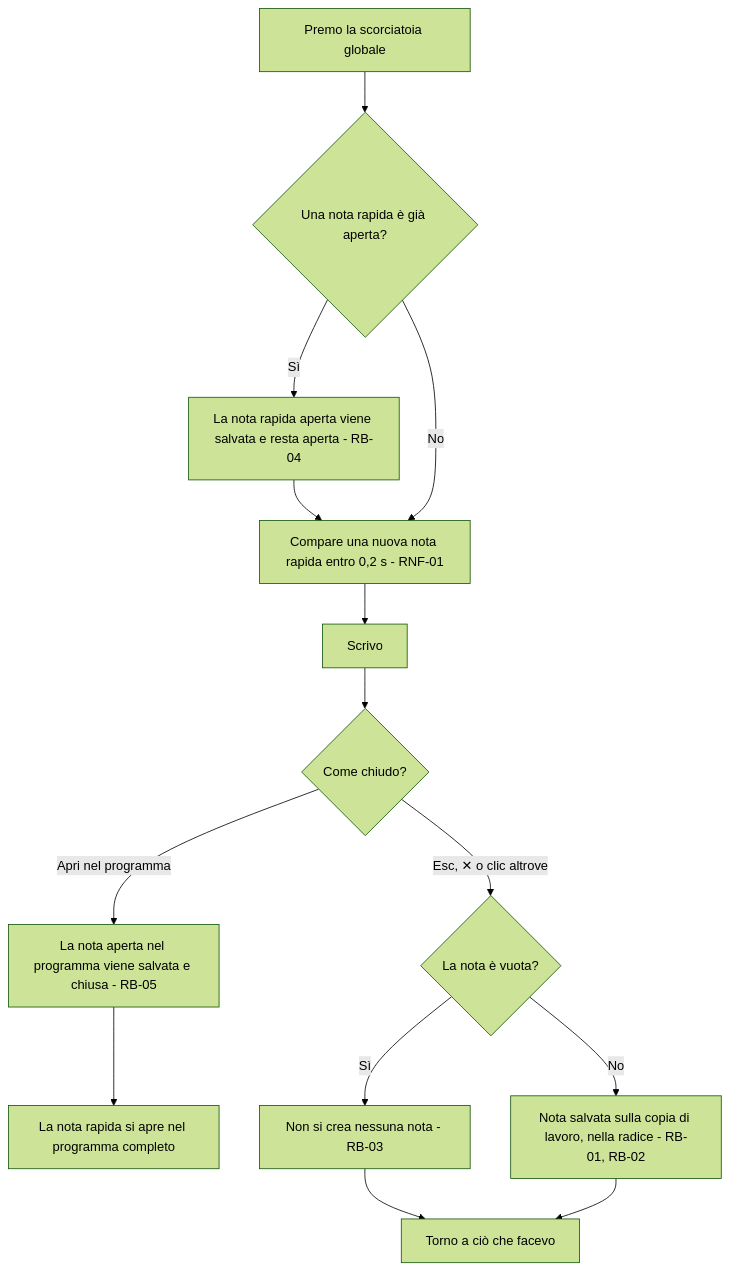
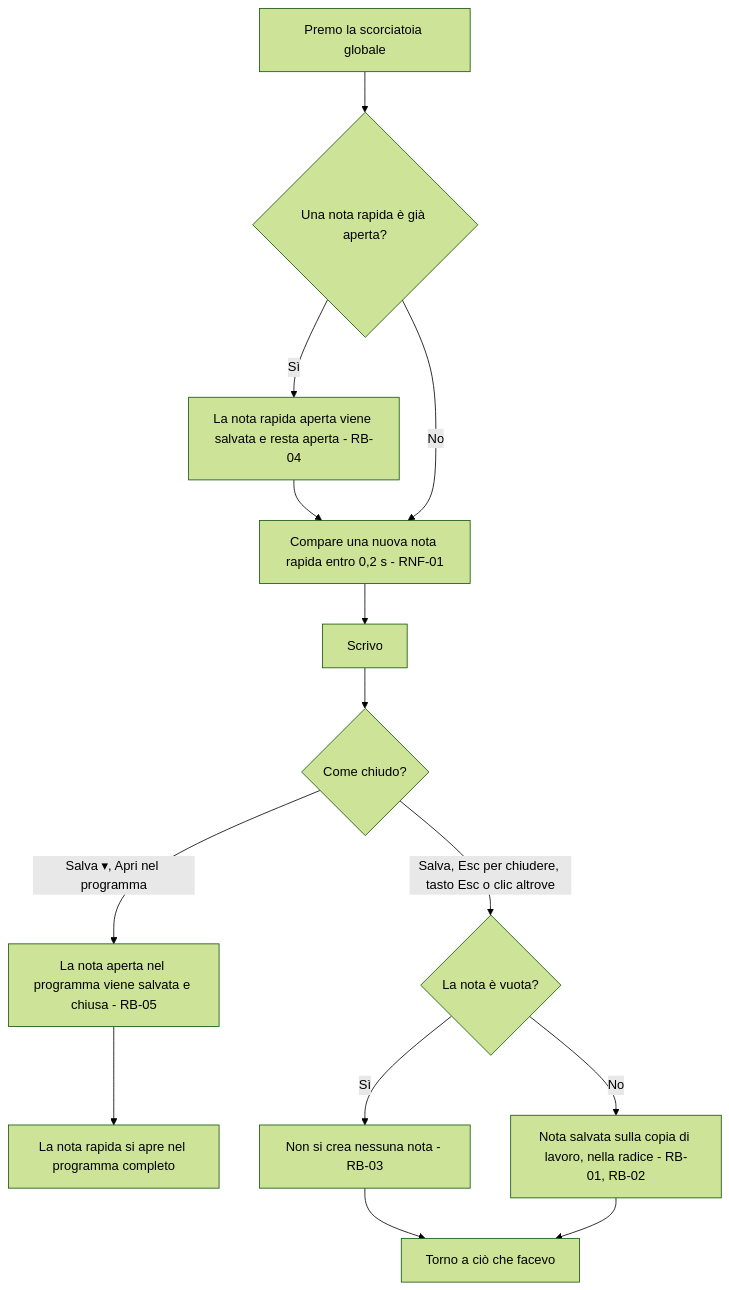
The first of 5 diagrams in docs/moduli/note/2-flussi.md (Helmutsti/MemoDu), drawn with Mermaid (forest theme) before and after one commit. The commit also changed other lines of this file and 28 other files, not shown here.

````diff
--- a/docs/moduli/note/2-flussi.md
+++ b/docs/moduli/note/2-flussi.md
@@ -8,16 +8,16 @@
 ```mermaid
 flowchart TD
     A[Premo la scorciatoia globale] --> B{Una nota rapida è già aperta?}
     B -- Sì --> B1[La nota rapida aperta viene salvata e resta aperta - RB-04]
     B1 --> C
     B -- No --> C[Compare una nuova nota rapida entro 0,2 s - RNF-01]
     C --> D[Scrivo]
     D --> E{Come chiudo?}
-    E -- Apri nel programma --> F[La nota aperta nel programma viene salvata e chiusa - RB-05]
+    E -- Salva ▾, Apri nel programma --> F[La nota aperta nel programma viene salvata e chiusa - RB-05]
     F --> G[La nota rapida si apre nel programma completo]
-    E -- Esc, ✕ o clic altrove --> H{La nota è vuota?}
+    E -- Salva, Esc per chiudere, tasto Esc o clic altrove --> H{La nota è vuota?}
     H -- Sì --> I[Non si crea nessuna nota - RB-03]
     H -- No --> J[Nota salvata sulla copia di lavoro, nella radice - RB-01, RB-02]
     I --> K[Torno a ciò che facevo]
     J --> K
 ```
````
